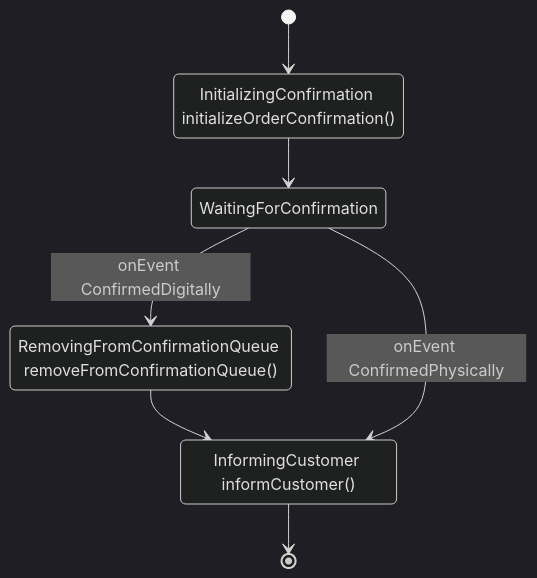
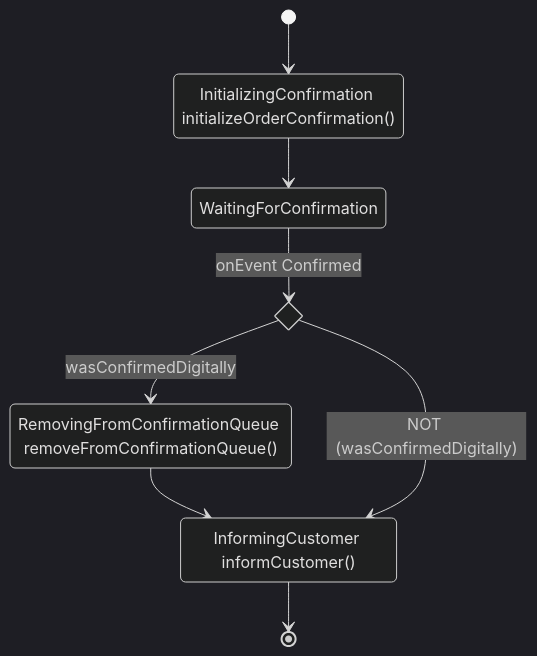
The third of 3 diagrams in README.md (marcingurbisz/flowlite), drawn with Mermaid (dark theme) before and after one commit. The commit also changed other lines of this file and 16 other files, not shown here.

````diff
--- a/README.md
+++ b/README.md
@@ -282,13 +311,15 @@
 ```mermaid
 stateDiagram-v2
+    state if_wasconfirmeddigitally <<choice>>
     [*] --> InitializingConfirmation
     InitializingConfirmation: InitializingConfirmation initializeOrderConfirmation()
     InitializingConfirmation --> WaitingForConfirmation
-    WaitingForConfirmation --> RemovingFromConfirmationQueue: onEvent ConfirmedDigitally
+    WaitingForConfirmation --> if_wasconfirmeddigitally: onEvent Confirmed
+    if_wasconfirmeddigitally --> RemovingFromConfirmationQueue: wasConfirmedDigitally
     RemovingFromConfirmationQueue: RemovingFromConfirmationQueue removeFromConfirmationQueue()
     RemovingFromConfirmationQueue --> InformingCustomer
     InformingCustomer: InformingCustomer informCustomer()
-    WaitingForConfirmation --> InformingCustomer: onEvent ConfirmedPhysically
+    if_wasconfirmeddigitally --> InformingCustomer: NOT (wasConfirmedDigitally)
     InformingCustomer --> [*]
 
 ```
````
